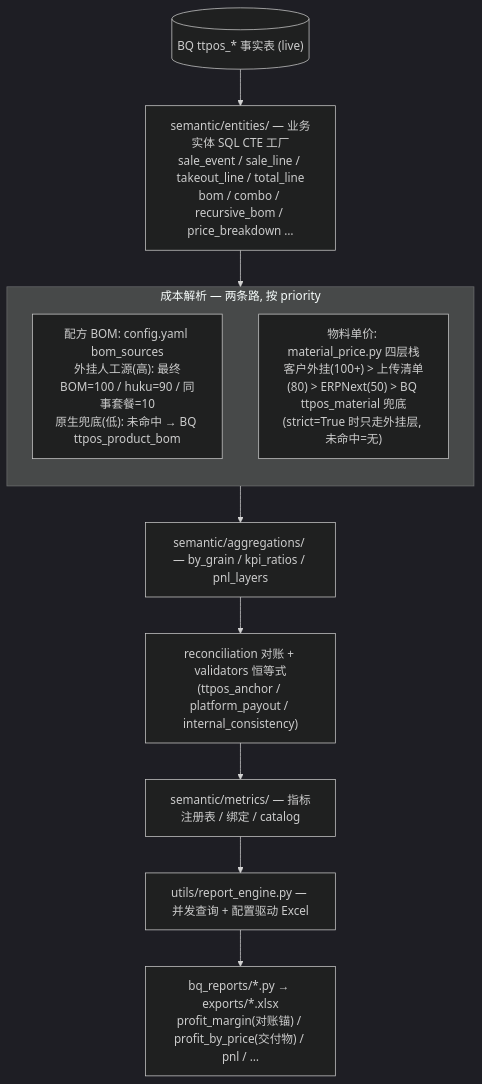
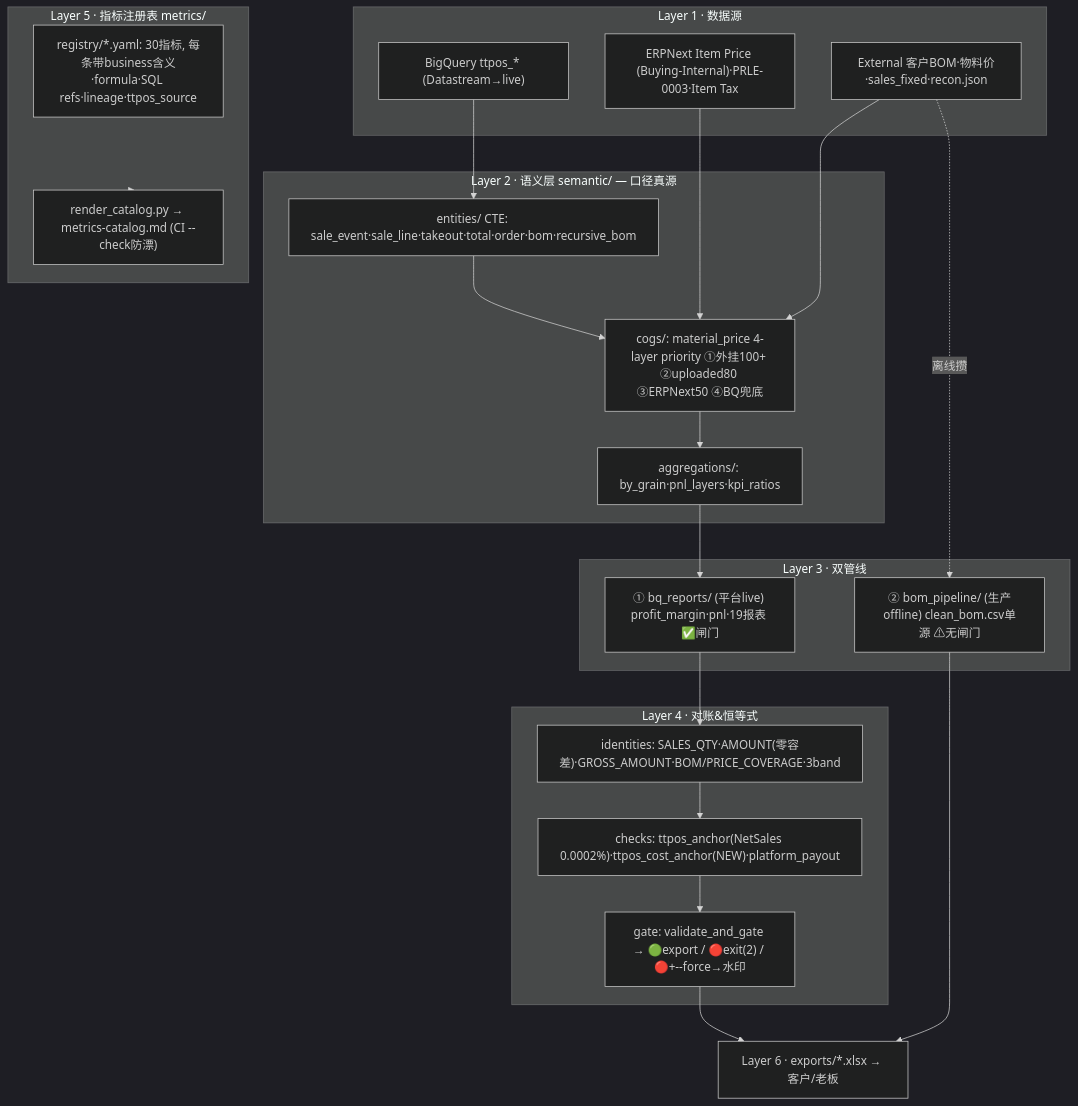
One commit to ZonEaseTech/analysis changed the first of 2 diagrams in docs/pipelines-overview.md. Above: the diagram before and after it, drawn with Mermaid (dark theme). The commit also changed other lines of this file, not shown here.

````diff
--- a/docs/pipelines-overview.md
+++ b/docs/pipelines-overview.md
@@ -58,19 +7,32 @@
 ```mermaid
 flowchart TB
-    BQ[("BQ ttpos_* 事实表 (live)")]
-    ENT["semantic/entities/ — 业务实体 SQL CTE 工厂<br/>sale_event / sale_line / takeout_line / total_line<br/>bom / combo / recursive_bom / price_breakdown …"]
+    subgraph SRC["Layer 1 · 数据源"]
+        BQ["BigQuery ttpos_* (Datastream→live)"]
+        ERP["ERPNext Item Price (Buying-Internal)·PRLE-0003·Item Tax"]
+        EXT["External 客户BOM·物料价·sales_fixed·recon.json"]
+    end
+    subgraph SEM["Layer 2 · 语义层 semantic/ — 口径真源"]
+        ENT["entities/ CTE: sale_event·sale_line·takeout·total·order·bom·recursive_bom"]
+        COGS["cogs/: material_price 4-layer priority ①外挂100+ ②uploaded80 ③ERPNext50 ④BQ兜底"]
+        AGG["aggregations/: by_grain·pnl_layers·kpi_ratios"]
+    end
+    subgraph PIPE["Layer 3 · 双管线"]
+        P1["① bq_reports/ (平台live) profit_margin·pnl·19报表 ✅闸门"]
+        P2["② bom_pipeline/ (生产offline) clean_bom.csv单源 ⚠无闸门"]
+    end
+    subgraph REC["Layer 4 · 对账&恒等式"]
+        ID["identities: SALES_QTY·AMOUNT(零容差)·GROSS_AMOUNT·BOM/PRICE_COVERAGE·3band"]
+        CHK["checks: ttpos_anchor(NetSales 0.0002%)·ttpos_cost_anchor(NEW)·platform_payout"]
+        GATE["gate: validate_and_gate → 🟢export / 🔴exit(2) / 🔴+--force→水印"]
+    end
+    subgraph REG["Layer 5 · 指标注册表 metrics/"]
+        MR["registry/*.yaml: 30指标, 每条带business含义·formula·SQL refs·lineage·ttpos_source"]
+        RC["render_catalog.py → metrics-catalog.md (CI --check防漂)"]
+    end
+    OUT["Layer 6 · exports/*.xlsx → 客户/老板"]
 
-    subgraph COST["成本解析 — 两条路, 按 priority"]
-        direction TB
-        BOMRES["配方 BOM: config.yaml bom_sources<br/>外挂人工源(高): 最终BOM=100 / huku=90 / 同事套餐=10<br/>原生兜底(低): 未命中 → BQ ttpos_product_bom"]
-        PRICERES["物料单价: material_price.py 四层栈<br/>客户外挂(100+) > 上传清单(80) > ERPNext(50) > BQ ttpos_material 兜底<br/>(strict=True 时只走外挂层, 未命中=无)"]
-    end
-
-    AGG["semantic/aggregations/ — by_grain / kpi_ratios / pnl_layers"]
-    RECVAL["reconciliation 对账 + validators 恒等式<br/>(ttpos_anchor / platform_payout / internal_consistency)"]
-    METRICS["semantic/metrics/ — 指标注册表 / 绑定 / catalog"]
-    ENGINE["utils/report_engine.py — 并发查询 + 配置驱动 Excel"]
-    OUT["bq_reports/*.py → exports/*.xlsx<br/>profit_margin(对账锚) / profit_by_price(交付物) / pnl / …"]
-
-    BQ --> ENT --> COST --> AGG --> RECVAL --> METRICS --> ENGINE --> OUT
+    BQ-->ENT; ERP-->COGS; EXT-->COGS
+    ENT-->COGS-->AGG-->P1; EXT-.->|离线攒|P2
+    P1-->ID-->CHK-->GATE-->OUT; P2-->OUT
+    REG-->RC
 ```
````
